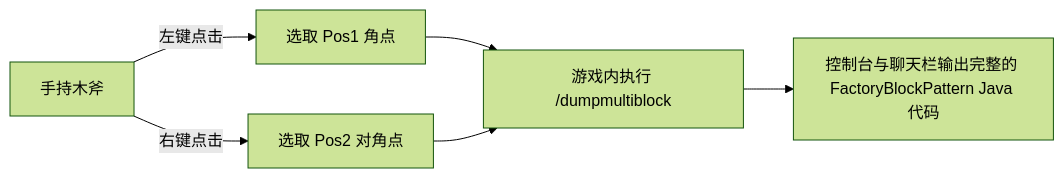
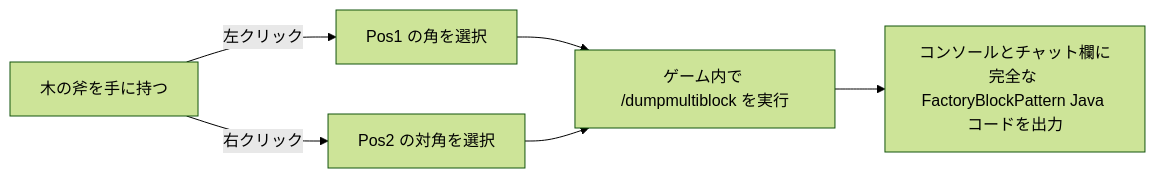
One commit to takanashisatou/GregtechEasy changed the diagram in docs/ja/kubejs/tools-and-utilities.md. Above: the diagram before and after it, drawn with Mermaid (forest theme). The commit also changed other lines of this file and 138 other files, not shown here.

````diff
--- a/docs/ja/kubejs/tools-and-utilities.md
+++ b/docs/ja/kubejs/tools-and-utilities.md
@@ -13,7 +13,7 @@
 ```mermaid
 graph LR
-    A[手持木斧] -->|左键点击| B[选取 Pos1 角点]
-    A -->|右键点击| C[选取 Pos2 对角点]
-    B & C --> D[游戏内执行 /dumpmultiblock]
-    D --> E[控制台与聊天栏输出完整的 FactoryBlockPattern Java 代码]
+    A[木の斧を手に持つ] -->|左クリック| B[Pos1 の角を選択]
+    A -->|右クリック| C[Pos2 の対角を選択]
+    B & C --> D[ゲーム内で /dumpmultiblock を実行]
+    D --> E[コンソールとチャット欄に完全な FactoryBlockPattern Java コードを出力]
 ```
````
